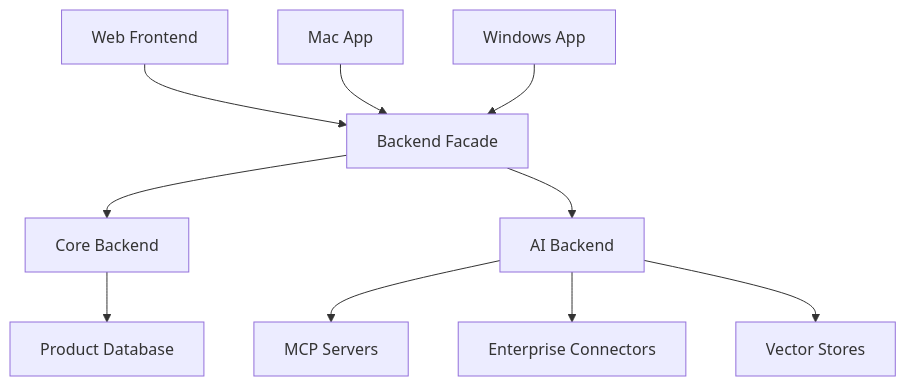
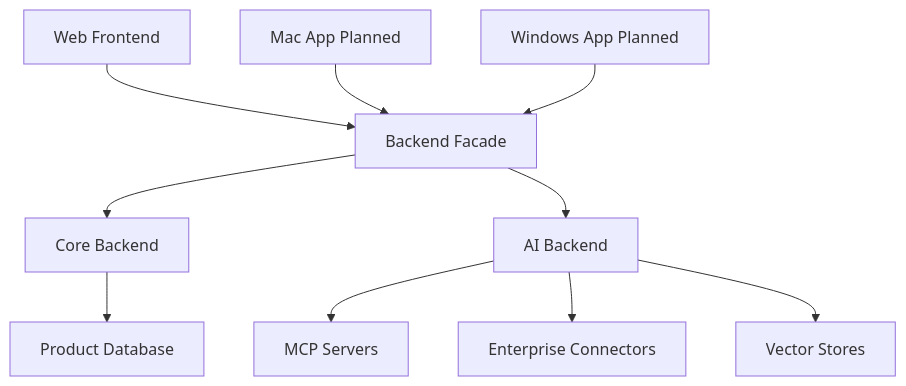
Before and after one commit to 0x-copilot-dev/0x-copilot: the diagram in docs/architecture/workspace-topology.md, drawn with Mermaid. The commit also changed other lines of this file and 27 other files, not shown here.

````diff
--- a/docs/architecture/workspace-topology.md
+++ b/docs/architecture/workspace-topology.md
@@ -7,12 +7,12 @@
 ```mermaid
 flowchart TD
   WebFrontend[Web Frontend] --> BackendFacade[Backend Facade]
-  MacApp[Mac App] --> BackendFacade
-  WindowsApp[Windows App] --> BackendFacade
+  MacApp[Mac App Planned] --> BackendFacade
+  WindowsApp[Windows App Planned] --> BackendFacade
   BackendFacade --> CoreBackend[Core Backend]
   BackendFacade --> AiBackend[AI Backend]
   CoreBackend --> ProductDB[Product Database]
   AiBackend --> McpServers[MCP Servers]
   AiBackend --> EnterpriseConnectors[Enterprise Connectors]
   AiBackend --> VectorStores[Vector Stores]
 ```
````
